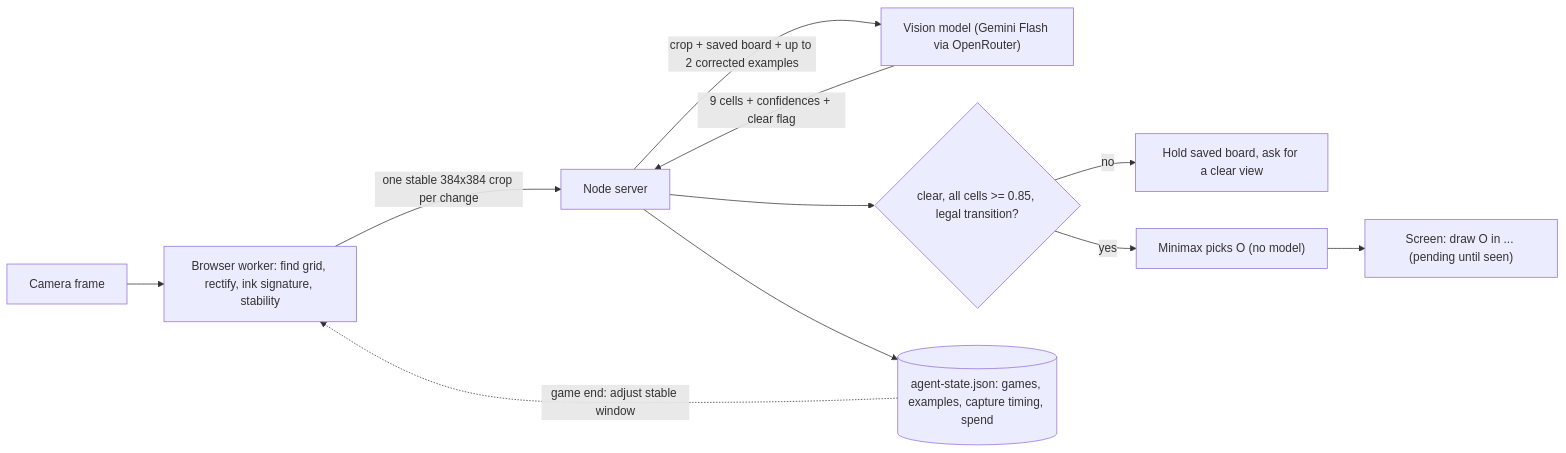
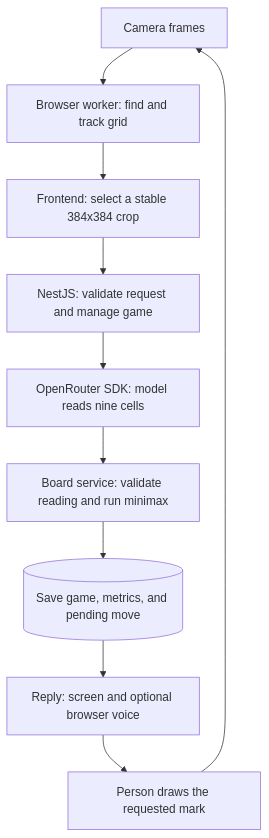
The first of 6 diagrams in docs/architecture.md (nitaiaharoni1/vistral-assignment), drawn with Mermaid before and after one commit. The commit also changed other lines of this file and 201 other files, not shown here.

First line of the commit message:
Move the backend onto NestJS and rename the agent to game-agent.

````diff
--- a/docs/architecture.md
+++ b/docs/architecture.md
@@ -9,13 +13,12 @@
 ```mermaid
-flowchart LR
-  Cam["Camera frame"] --> Worker["Browser worker: find grid, rectify, ink signature, stability"]
-  Worker -->|"one stable 384x384 crop per change"| Server["Node server"]
-  Server -->|"crop + saved board + up to 2 corrected examples"| VLM["Vision model (Gemini Flash via OpenRouter)"]
-  VLM -->|"9 cells + confidences + clear flag"| Server
-  Server --> Gate{"clear, all cells >= 0.85, legal transition?"}
-  Gate -->|"no"| Hold["Hold saved board, ask for a clear view"]
-  Gate -->|"yes"| Minimax["Minimax picks O (no model)"]
-  Minimax --> Screen["Screen: draw O in ... (pending until seen)"]
-  Server --> File[("agent-state.json: games, examples, capture timing, spend")]
-  File -.->|"game end: adjust stable window"| Worker
+flowchart TB
+  Camera["Camera frames"] --> Worker["Browser worker: find and track grid"]
+  Worker --> Client["Frontend: select a stable 384x384 crop"]
+  Client --> API["NestJS: validate request and manage game"]
+  API --> Reader["OpenRouter SDK: model reads nine cells"]
+  Reader --> Board["Board service: validate reading and run minimax"]
+  Board --> Save[("Save game, metrics, and pending move")]
+  Save --> Reply["Reply: screen and optional browser voice"]
+  Reply --> Human["Person draws the requested mark"]
+  Human --> Camera
 ```
````
